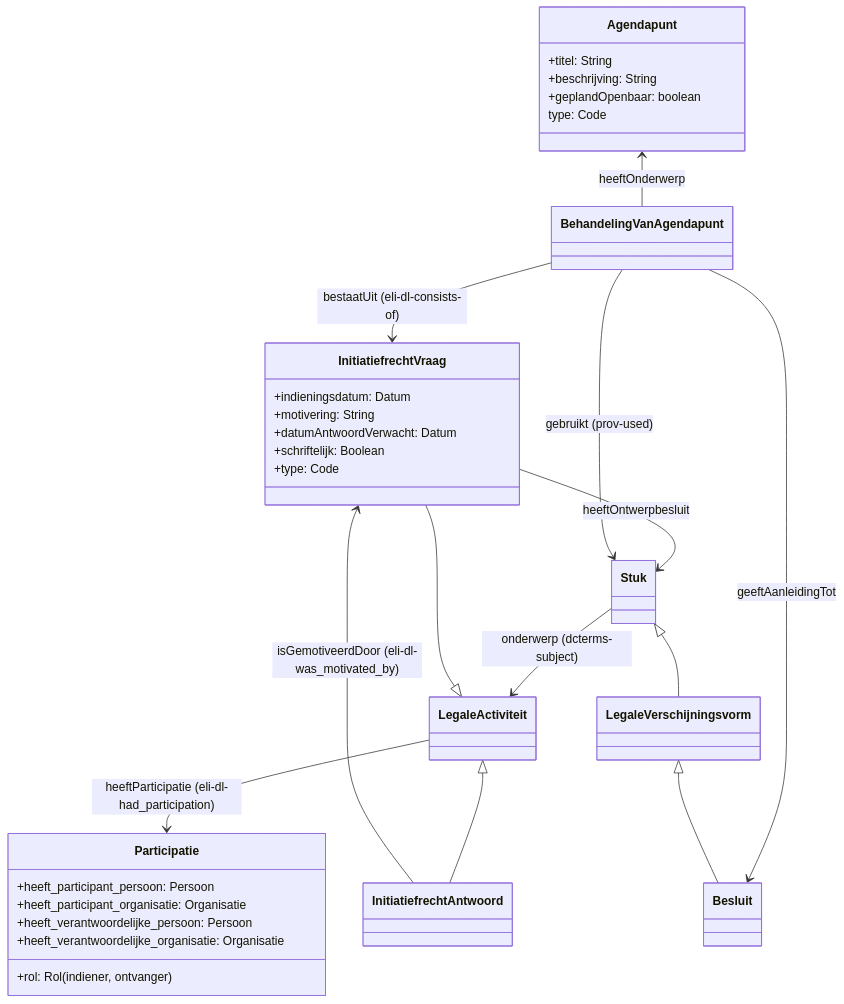
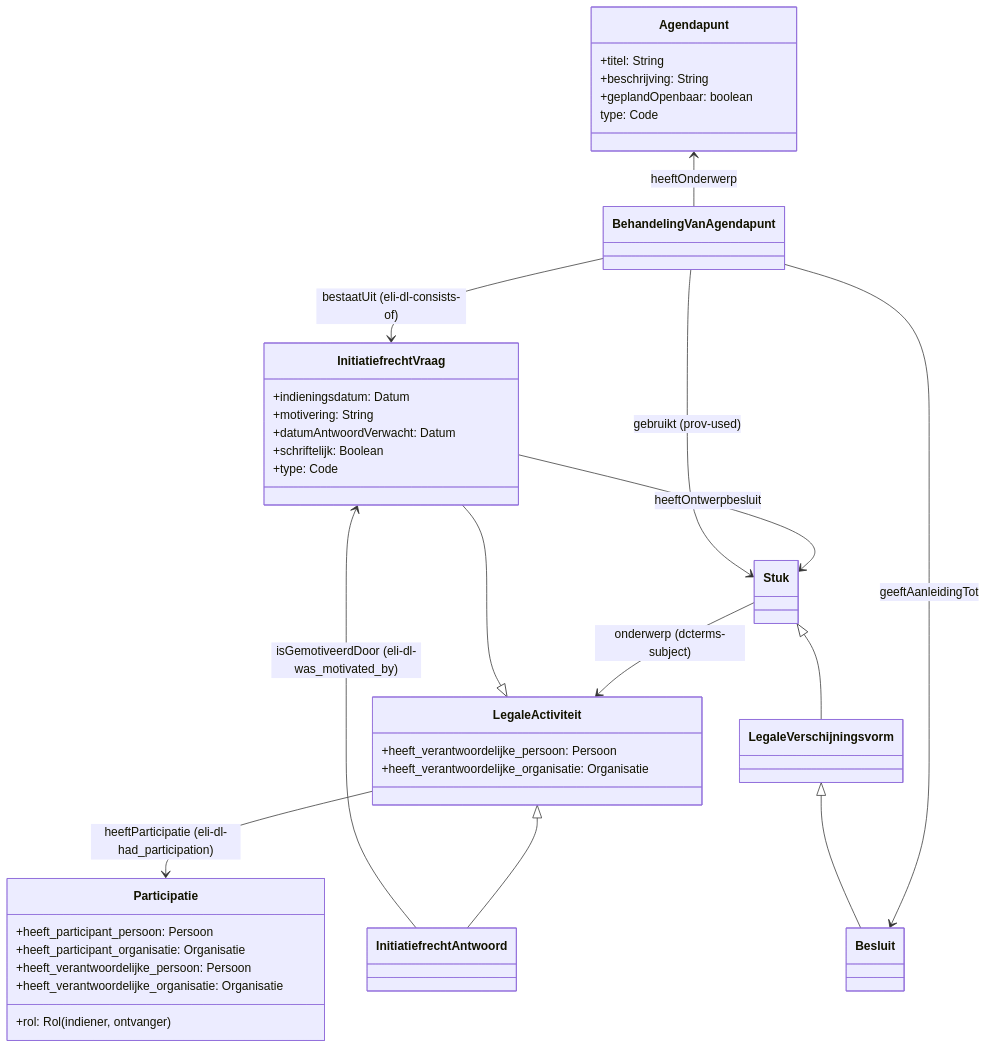
One commit to Informatievlaanderen/OSLOthema-slimmeRaadpleegOmgeving changed diagram 13 of 13 in README.md. Above: the diagram before and after it, drawn with Mermaid. The commit also changed other lines of this file, not shown here.

Commit message:
verantwoordelijke persoon en organisatie op legale activiteit

````diff
--- a/README.md
+++ b/README.md
@@ -510,38 +512,42 @@
 ```mermaid
 classDiagram
     Agendapunt <-- BehandelingVanAgendapunt: heeftOnderwerp
     LegaleActiviteit <|-- InitiatiefrechtVraag
     LegaleActiviteit <|-- InitiatiefrechtAntwoord
     InitiatiefrechtAntwoord --> InitiatiefrechtVraag : isGemotiveerdDoor (eli-dl-was_motivated_by)
     BehandelingVanAgendapunt --> InitiatiefrechtVraag: bestaatUit (eli-dl-consists-of)
 
     Stuk --> LegaleActiviteit: onderwerp (dcterms-subject)
 
     InitiatiefrechtVraag --> Stuk: heeftOntwerpbesluit
     LegaleActiviteit --> Participatie: heeftParticipatie (eli-dl-had_participation)
     BehandelingVanAgendapunt --> Stuk: gebruikt (prov-used)
     BehandelingVanAgendapunt --> Besluit: geeftAanleidingTot
     Stuk <|-- LegaleVerschijningsvorm
     LegaleVerschijningsvorm <|-- Besluit
 
     class Agendapunt {
       +titel: String
       +beschrijving: String
       +geplandOpenbaar: boolean
       type: Code
     }
     class InitiatiefrechtVraag {
       +indieningsdatum: Datum
       +motivering: String
       +datumAntwoordVerwacht: Datum
       +schriftelijk: Boolean
       +type: Code
     }
     class Participatie {
       +heeft_participant_persoon: Persoon
       +heeft_participant_organisatie: Organisatie
       +rol: Rol (indiener, ontvanger)
       +heeft_verantwoordelijke_persoon: Persoon
      +heeft_verantwoordelijke_organisatie: Organisatie
     }
+    class LegaleActiviteit {
+      +heeft_verantwoordelijke_persoon: Persoon
+      +heeft_verantwoordelijke_organisatie: Organisatie
+    }
 ```
````
